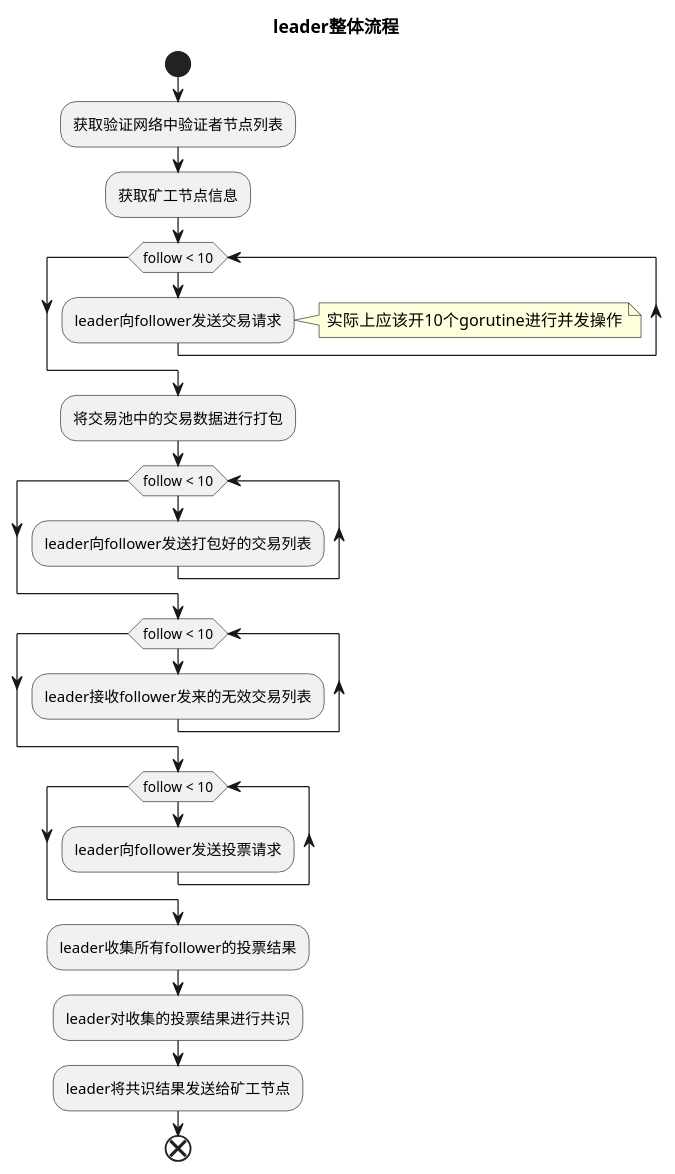
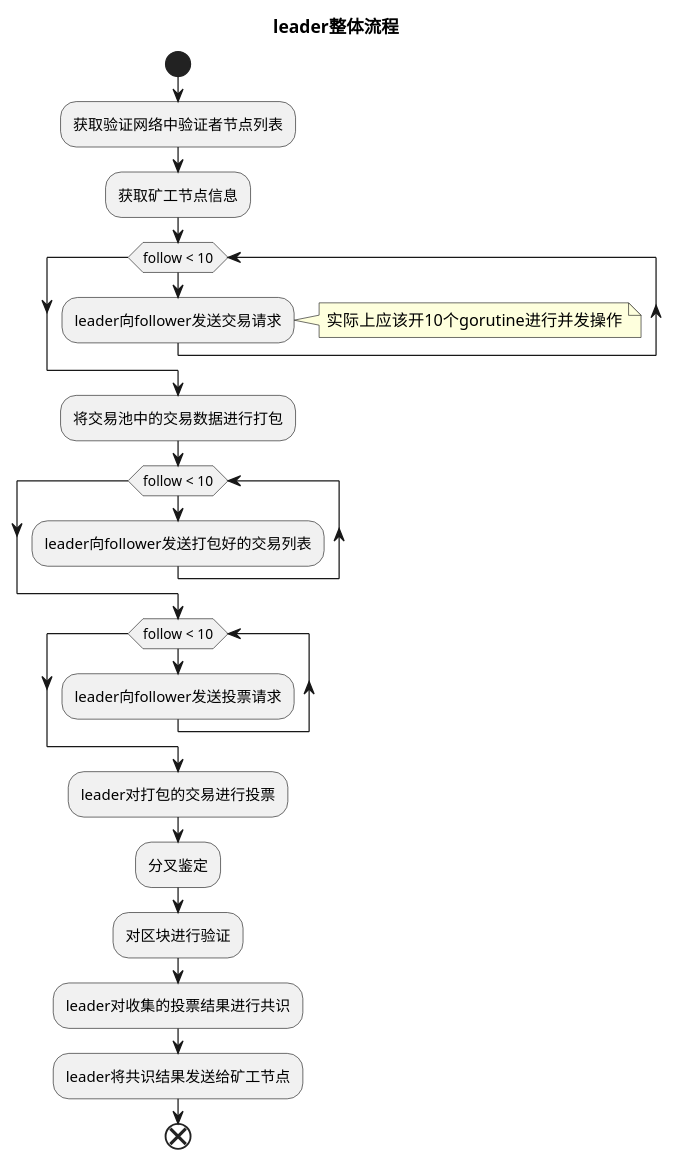
Before and after one commit to alvinleee/matrix-work: the diagram in doc/leader.wsd, drawn with PlantUML. The commit also changed 13 other files, not shown here.

```diff
--- a/doc/leader.wsd
+++ b/doc/leader.wsd
@@ -1,29 +1,25 @@
 @startuml
 title leader整体流程
 start
 :获取验证网络中验证者节点列表;
 :获取矿工节点信息;
 while(follow < 10)
     :leader向follower发送交易请求;
     note right
         实际上应该开10个gorutine进行并发操作
     end note
 endwhile
 :将交易池中的交易数据进行打包;
 while(follow < 10)
     :leader向follower发送打包好的交易列表;
 endwhile
-
-while(follow < 10)
-    :leader接收follower发来的无效交易列表;
-endwhile
-
 while(follow < 10)
     :leader向follower发送投票请求;
 endwhile
-
-:leader收集所有follower的投票结果;
+:leader对打包的交易进行投票;
+:分叉鉴定;
+:对区块进行验证;
 :leader对收集的投票结果进行共识;
 :leader将共识结果发送给矿工节点;
 end
 @enduml
```
